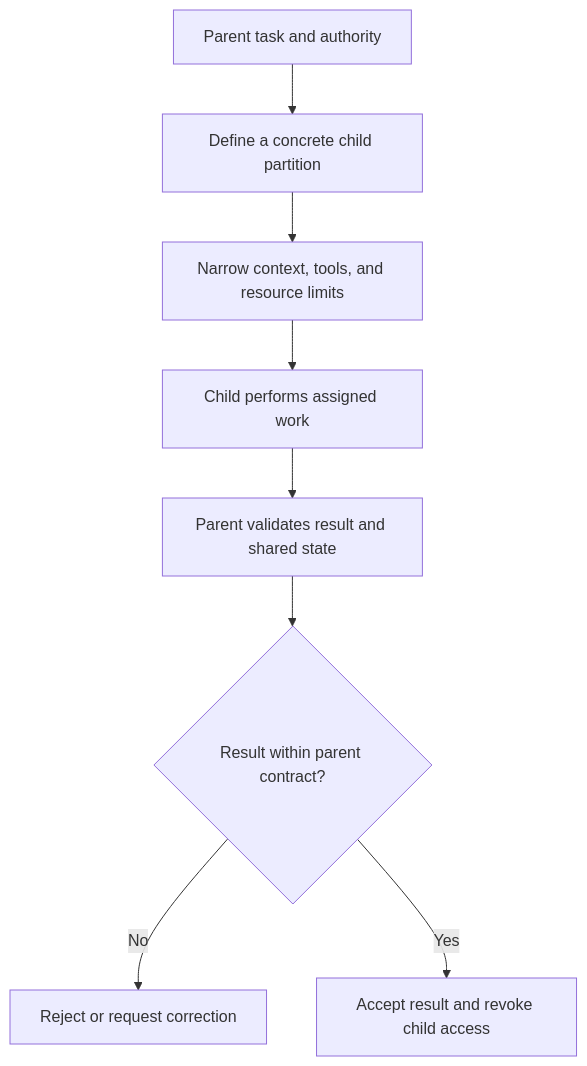
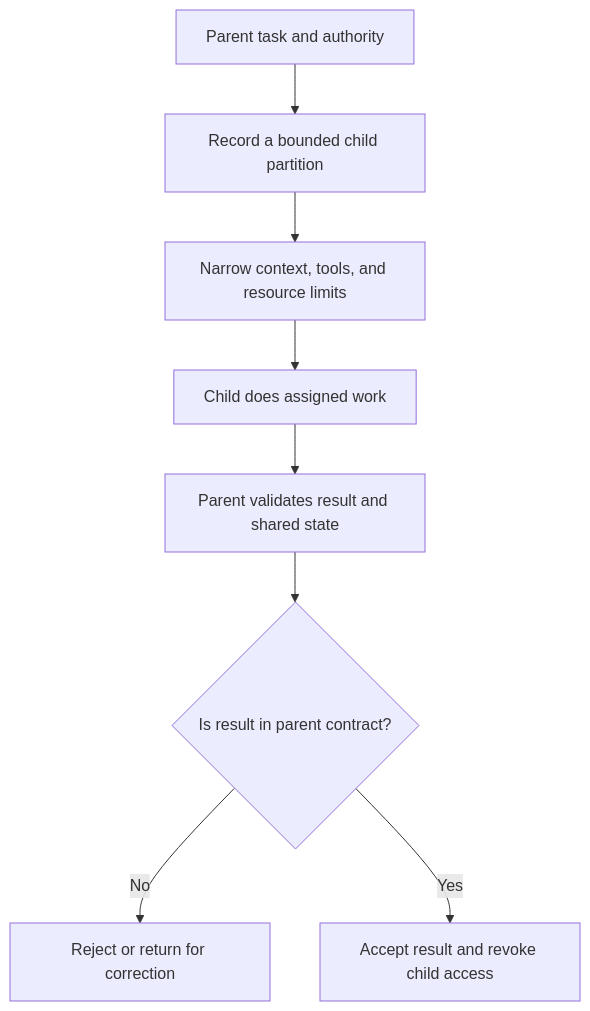
The diagram in docs/principles/details/p060-constrain-sub-agents.md (HomericIntelligence/Athena), drawn with Mermaid before and after one commit. The commit also changed other lines of this file and 91 other files, not shown here.

````diff
--- a/docs/principles/details/p060-constrain-sub-agents.md
+++ b/docs/principles/details/p060-constrain-sub-agents.md
@@ -36,10 +39,10 @@
 ```mermaid
 flowchart TD
-    A["Parent task and authority"] --> B["Define a concrete child partition"]
+    A["Parent task and authority"] --> B["Record a bounded child partition"]
     B --> C["Narrow context, tools, and resource limits"]
-    C --> D["Child performs assigned work"]
+    C --> D["Child does assigned work"]
     D --> E["Parent validates result and shared state"]
-    E --> F{"Result within parent contract?"}
-    F -- "No" --> G["Reject or request correction"]
+    E --> F{"Is result in parent contract?"}
+    F -- "No" --> G["Reject or return for correction"]
     F -- "Yes" --> H["Accept result and revoke child access"]
 ```
````
